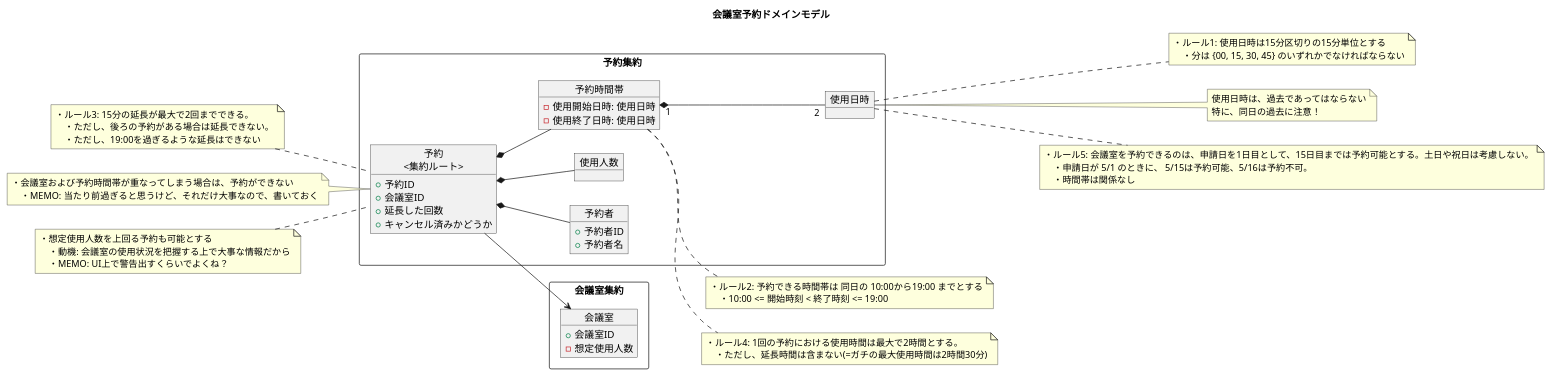
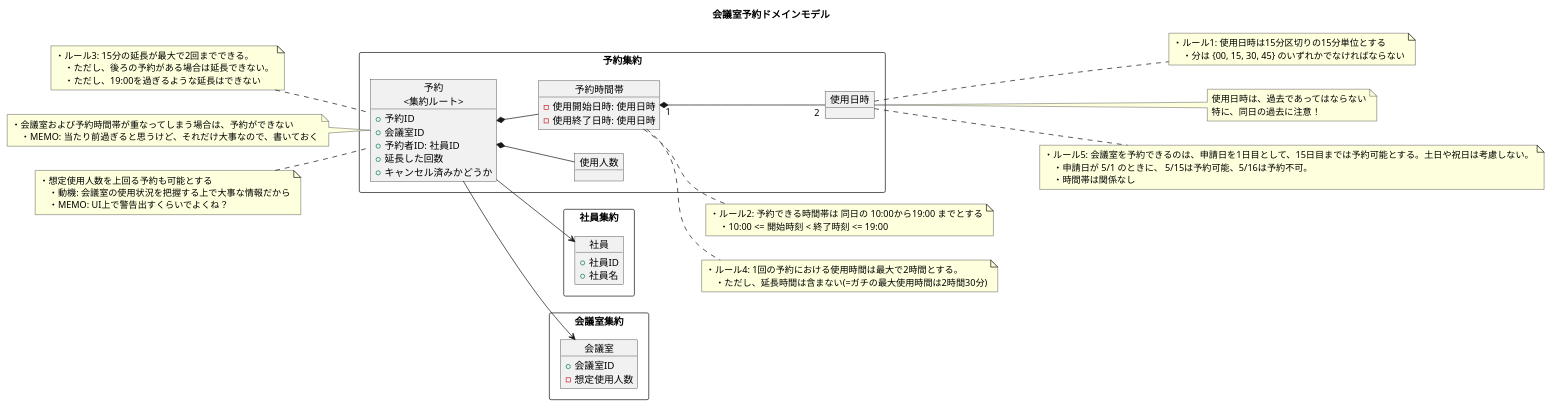
Before and after one commit to ModelingKai/meeting-room-python: the diagram in diagram/ドメインモデル.puml, drawn with PlantUML.

Commit message:
集約の切り方を変えた。予約オブジェクトのテストコードを書くときに、シグネチャやプロパティに対して違和感を覚える
- 予約ルートの下に社員がいる、というのはおかしい
  - 社員の名前を変えるときに、予約を辿らなければいけないというのが、明らかにおかしい
  - 集約のルールとして、子のオブジェクトに直接アクセスしてはいけない
  - 社員の名前を変えるときに、Reservation.ChangeEmployeeName()とかになるのは、おかしい
  - ある人の社員名を変えなければいけないとなったときに、ある予約を辿らなければいけないのはおかしい

```diff
--- a/diagram/ドメインモデル.puml
+++ b/diagram/ドメインモデル.puml
@@ -1,97 +1,99 @@
 @startuml
 
 title 会議室予約ドメインモデル
 
 left to right direction
 
+rectangle 社員集約 {
+    object 社員 {
+        + 社員ID
+        + 社員名
+    }
+}
 
 rectangle 予約集約 {
     object "予約\n<集約ルート>" as c1 {
         + 予約ID
         + 会議室ID
+        + 予約者ID: 社員ID
         + 延長した回数
         + キャンセル済みかどうか
-    }
-
-    object 予約者 {
-        + 予約者ID
-        + 予約者名
     }
 
     object 使用人数 {
     }
 
     object 予約時間帯 {
         - 使用開始日時: 使用日時
         - 使用終了日時: 使用日時
     }
 
 
     object 使用日時 {
     }
 }
 
 
 rectangle 会議室集約 {
     object 会議室 {
         + 会議室ID
         - 想定使用人数
     }
 }
 
 
 c1 --> 会議室
-c1 *-- 予約者
+c1 --> 社員
 c1 *-- 使用人数
 c1 *-- 予約時間帯
 予約時間帯 "1" *-- "2" 使用日時
 
 ' ===== 予約 =====
 note left of c1
 ・ルール3: 15分の延長が最大で2回までできる。
     ・ただし、後ろの予約がある場合は延長できない。
     ・ただし、19:00を過ぎるような延長はできない
 end note
 
 note left of c1
 ・会議室および予約時間帯が重なってしまう場合は、予約ができない
     ・MEMO: 当たり前過ぎると思うけど、それだけ大事なので、書いておく
 end note
 
 note left of c1
 ・想定使用人数を上回る予約も可能とする
     ・動機: 会議室の使用状況を把握する上で大事な情報だから
     ・MEMO: UI上で警告出すくらいでよくね？
 end note
 
 ' ===== 予約時間帯 =====
 note right of 予約時間帯
 ・ルール2: 予約できる時間帯は 同日の 10:00から19:00 までとする
     ・10:00 <= 開始時刻 < 終了時刻 <= 19:00
 end note
 
 
 note right of 予約時間帯
 ・ルール4: 1回の予約における使用時間は最大で2時間とする。
     ・ただし、延長時間は含まない(=ガチの最大使用時間は2時間30分)
 end note
 
 
 ' ===== 使用日時 =====
 note right of 使用日時
 ・ルール1: 使用日時は15分区切りの15分単位とする
     ・分は {00, 15, 30, 45} のいずれかでなければならない
 end note
 
 note right of 使用日時
 使用日時は、過去であってはならない
 特に、同日の過去に注意！
 end note
 
 note right of 使用日時
 ・ルール5: 会議室を予約できるのは、申請日を1日目として、15日目までは予約可能とする。土日や祝日は考慮しない。
     ・申請日が 5/1 のときに、 5/15は予約可能、5/16は予約不可。
     ・時間帯は関係なし
 end note
 
 @enduml
```
